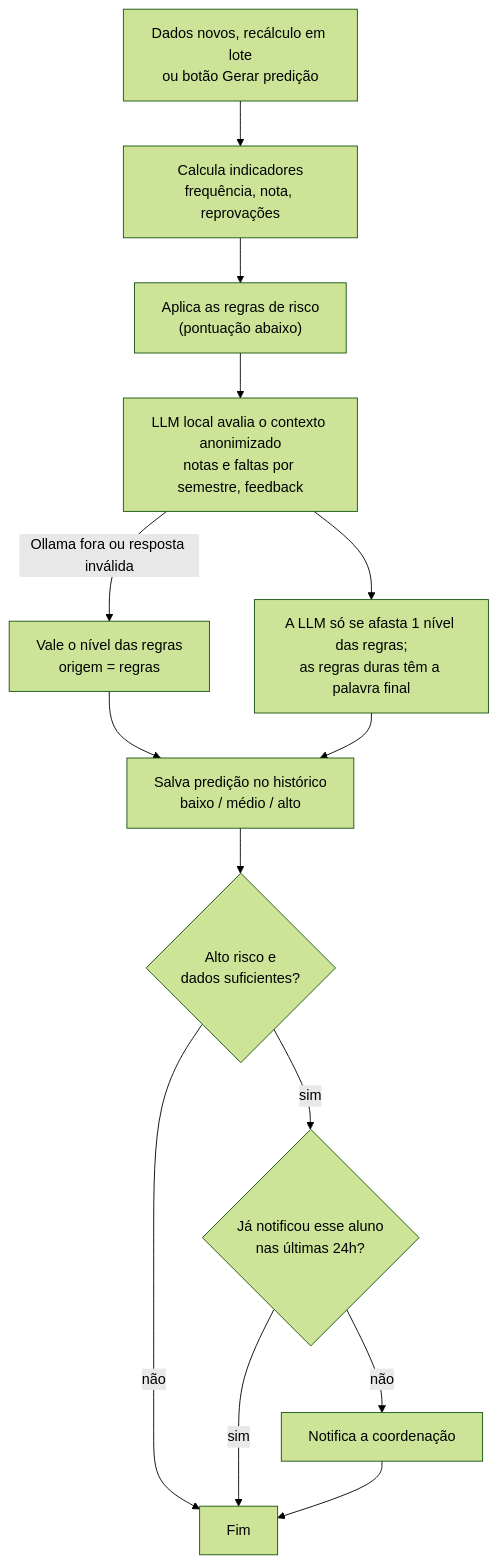
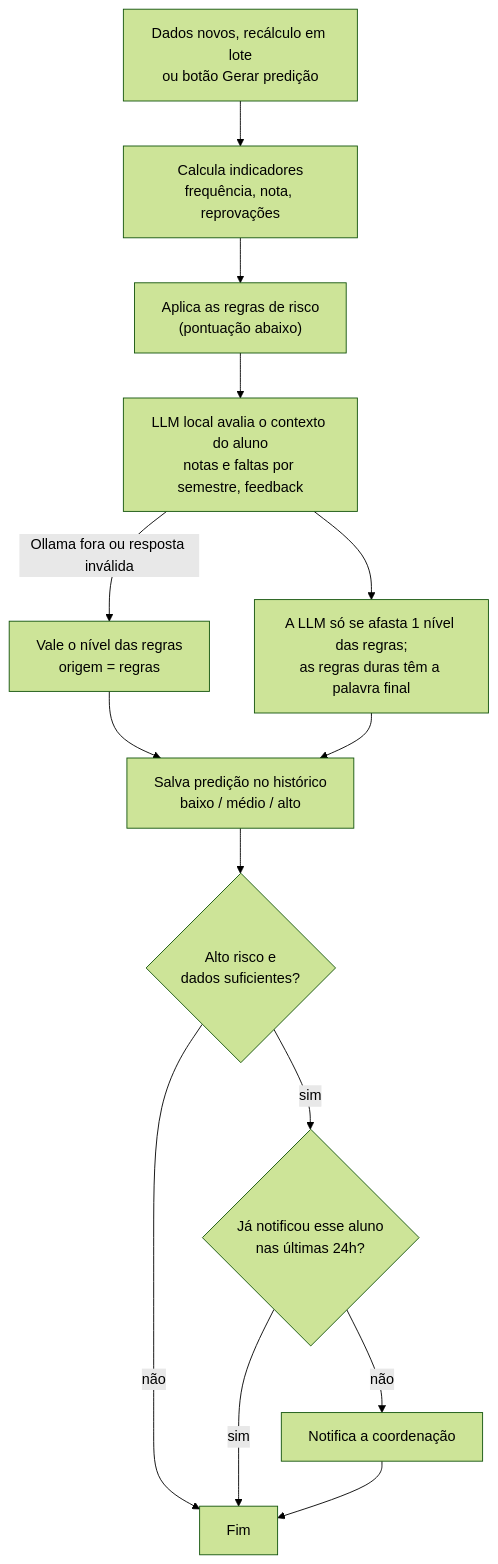
Before and after one commit to DiegoGDutra/Projeto-Espiada: the third of 4 diagrams in readme.md, drawn with Mermaid (forest theme). The commit also changed other lines of this file and 7 other files, not shown here.

````diff
--- a/readme.md
+++ b/readme.md
@@ -265,15 +265,15 @@
 ```mermaid
 flowchart TD
     N["Dados novos, recálculo em lote<br/>ou botão Gerar predição"] --> I["Calcula indicadores<br/>frequência, nota, reprovações"]
     I --> R["Aplica as regras de risco<br/>(pontuação abaixo)"]
-    R --> L["LLM local avalia o contexto anonimizado<br/>notas e faltas por semestre, feedback"]
+    R --> L["LLM local avalia o contexto do aluno<br/>notas e faltas por semestre, feedback"]
     L -->|Ollama fora ou resposta inválida| R2["Vale o nível das regras<br/>origem = regras"]
     L --> D1["A LLM só se afasta 1 nível das regras;<br/>as regras duras têm a palavra final"]
     R2 --> S
     D1 --> S["Salva predição no histórico<br/>baixo / médio / alto"]
     S --> Q{"Alto risco e<br/>dados suficientes?"}
     Q -->|não| F["Fim"]
     Q -->|sim| D{"Já notificou esse aluno<br/>nas últimas 24h?"}
     D -->|sim| F
     D -->|não| W["Notifica a coordenação"] --> F
 ```
````
